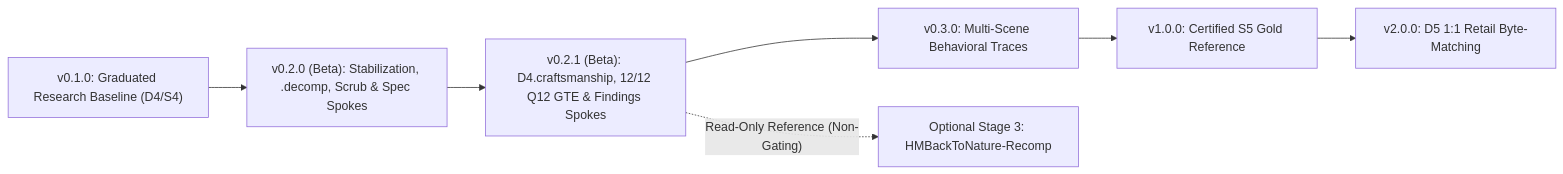
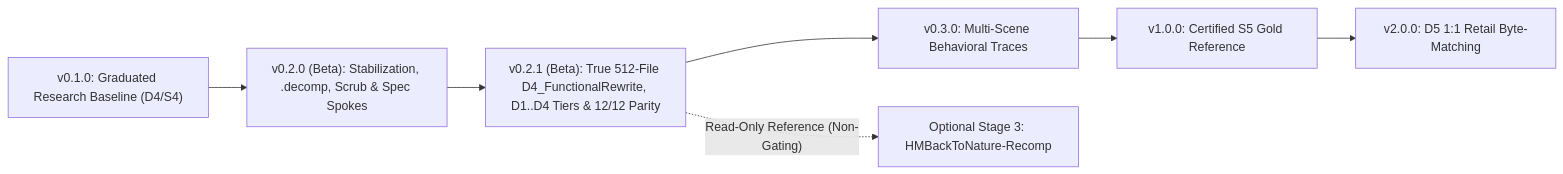
Before and after one commit to StreamResearch/HarvestMoonBackToNature-PlayStation: the diagram in ROADMAP.md, drawn with Mermaid. The commit also changed other lines of this file and 53 other files, not shown here.

First line of the commit message:
v0.2.1: true 512-file D4_FunctionalRewrite, D1..D4 tiers & 0-warn gate

````diff
--- a/ROADMAP.md
+++ b/ROADMAP.md
@@ -15,9 +15,9 @@
 ```mermaid
 flowchart LR
     V010["v0.1.0: Graduated Research Baseline (D4/S4)"] --> V020["v0.2.0 (Beta): Stabilization, .decomp, Scrub & Spec Spokes"]
-    V020 --> V021["v0.2.1 (Beta): D4.craftsmanship, 12/12 Q12 GTE & Findings Spokes"]
+    V020 --> V021["v0.2.1 (Beta): True 512-File D4_FunctionalRewrite, D1..D4 Tiers & 12/12 Parity"]
     V021 --> V030["v0.3.0: Multi-Scene Behavioral Traces"]
     V030 --> V100["v1.0.0: Certified S5 Gold Reference"]
     V100 --> V200["v2.0.0: D5 1:1 Retail Byte-Matching"]
     V021 -. "Read-Only Reference (Non-Gating)" .-> OptR["Optional Stage 3: HMBackToNature-Recomp"]
 ```
````
